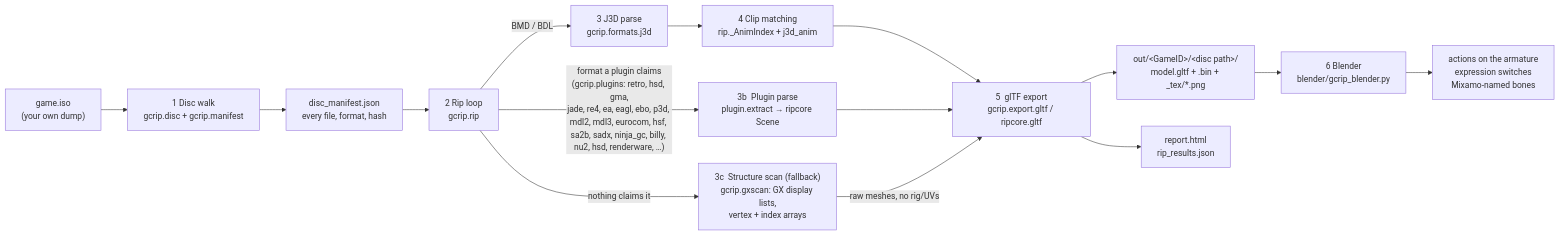
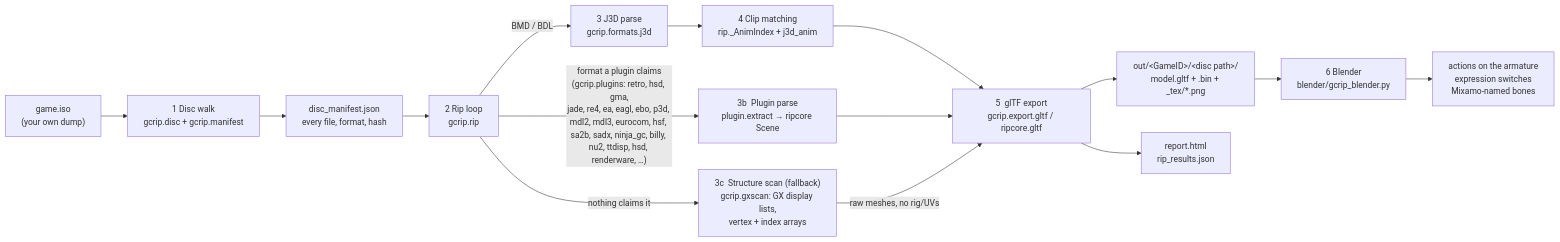
One commit to Felbs/3d-ripper-9000 changed the first of 9 diagrams in docs/PIPELINE.md. Above: the diagram before and after it, drawn with Mermaid. The commit also changed other lines of this file and 2 other files, not shown here.

````diff
--- a/docs/PIPELINE.md
+++ b/docs/PIPELINE.md
@@ -11,17 +11,17 @@
 ```mermaid
 flowchart LR
     ISO["game.iso<br/>(your own dump)"] --> WALK["1  Disc walk<br/>gcrip.disc + gcrip.manifest"]
     WALK --> MAN["disc_manifest.json<br/>every file, format, hash"]
     MAN --> RIP["2  Rip loop<br/>gcrip.rip"]
     RIP -->|"BMD / BDL"| J3D["3  J3D parse<br/>gcrip.formats.j3d"]
-    RIP -->|"format a plugin claims<br/>(gcrip.plugins: retro, hsd, gma,<br/>jade, re4, ea, eagl, ebo, p3d, mdl2, mdl3, eurocom, hsf, sa2b, sadx, ninja_gc, billy, nu2, hsd, renderware, …)"| PLUG["3b  Plugin parse<br/>plugin.extract → ripcore Scene"]
+    RIP -->|"format a plugin claims<br/>(gcrip.plugins: retro, hsd, gma,<br/>jade, re4, ea, eagl, ebo, p3d, mdl2, mdl3, eurocom, hsf, sa2b, sadx, ninja_gc, billy, nu2, ttdisp, hsd, renderware, …)"| PLUG["3b  Plugin parse<br/>plugin.extract → ripcore Scene"]
     RIP -->|"nothing claims it"| GX["3c  Structure scan (fallback)<br/>gcrip.gxscan: GX display lists,<br/>vertex + index arrays"]
     J3D --> ANIM["4  Clip matching<br/>rip._AnimIndex + j3d_anim"]
     ANIM --> GLTF["5  glTF export<br/>gcrip.export.gltf / ripcore.gltf"]
     PLUG --> GLTF
     GX -->|"raw meshes, no rig/UVs"| GLTF
     GLTF --> OUT["out/&lt;GameID&gt;/&lt;disc path&gt;/<br/>model.gltf + .bin + _tex/*.png"]
     GLTF --> REP["report.html<br/>rip_results.json"]
     OUT --> BL["6  Blender<br/>blender/gcrip_blender.py"]
     BL --> PLAY["actions on the armature<br/>expression switches<br/>Mixamo-named bones"]
 ```
````
